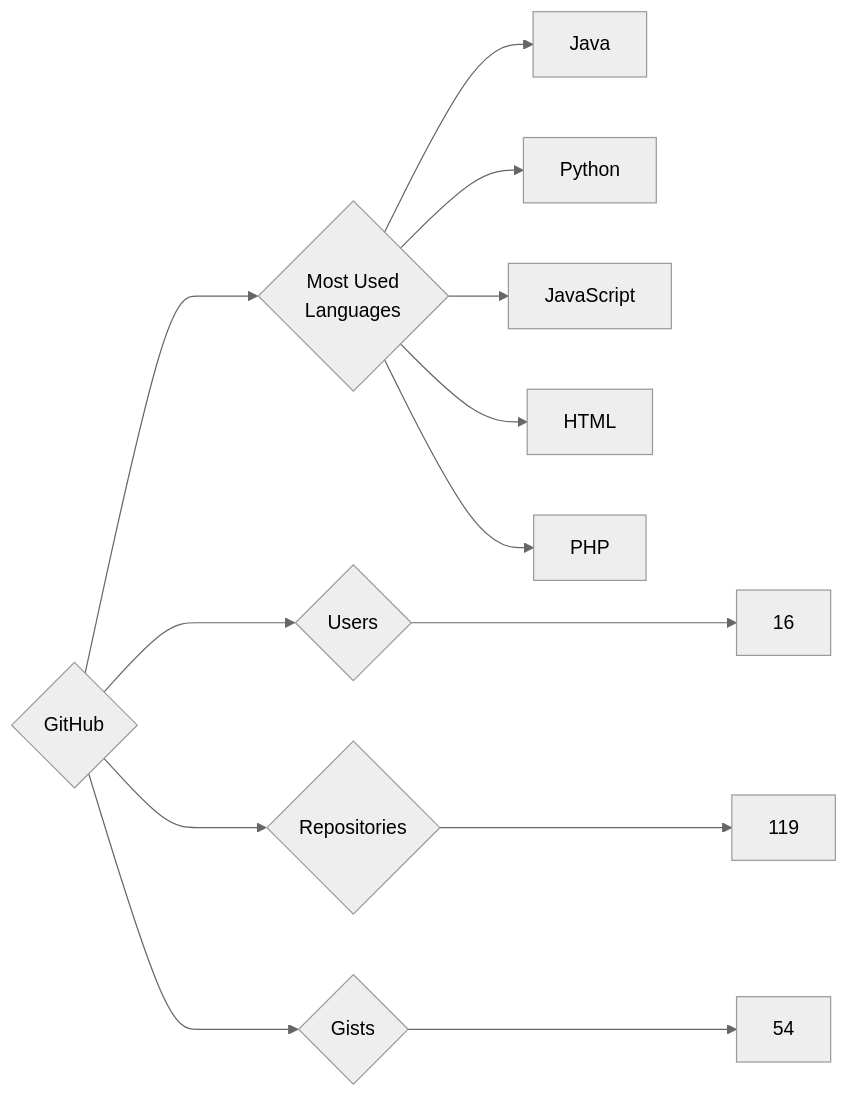
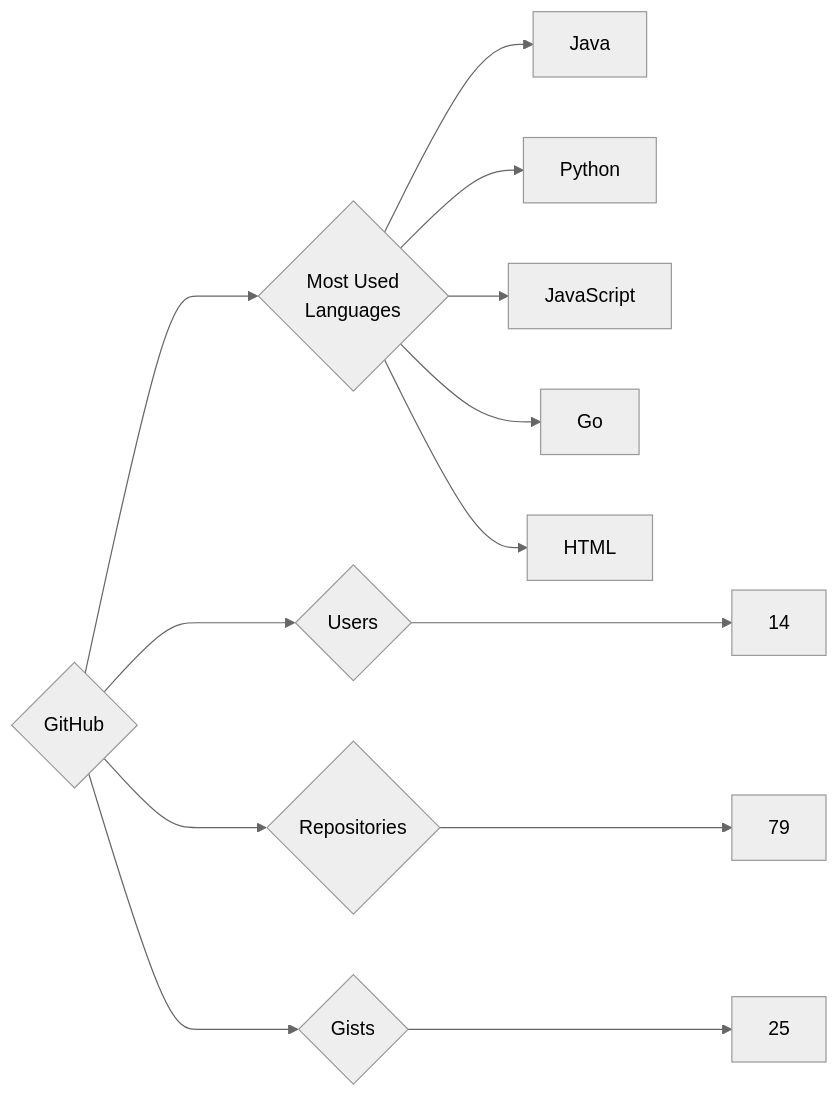
Before and after one commit to trickest/insiders: the diagram in targets/GitHub/README.md, drawn with Mermaid (neutral theme). The commit also changed 988 other files, not shown here.

````diff
--- a/targets/GitHub/README.md
+++ b/targets/GitHub/README.md
@@ -3,13 +3,13 @@
 ```mermaid
 graph LR
 COMPANY_NAME{GitHub}
-COMPANY_NAME ---> U{Users} ---> UN[16]
-COMPANY_NAME ---> R{Repositories} ---> RN[119]
-COMPANY_NAME ---> G{Gists} ---> GN[54]
+COMPANY_NAME ---> U{Users} ---> UN[14]
+COMPANY_NAME ---> R{Repositories} ---> RN[79]
+COMPANY_NAME ---> G{Gists} ---> GN[25]
 COMPANY_NAME ---> ML{Most Used<br>Languages}
 ML --> Java[Java]
 ML --> Python[Python]
 ML --> JavaScript[JavaScript]
+ML --> Go[Go]
 ML --> HTML[HTML]
-ML --> PHP[PHP]
 ```
````
